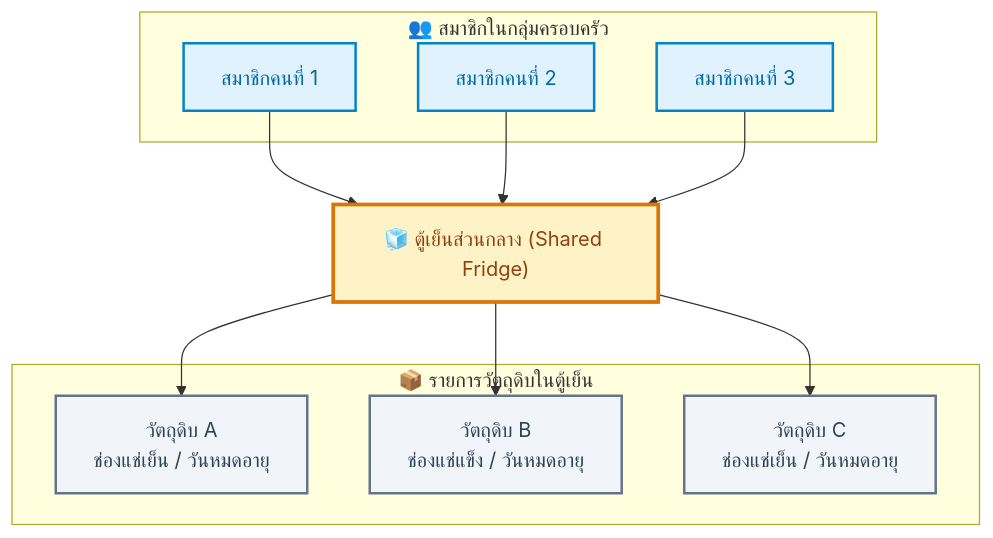
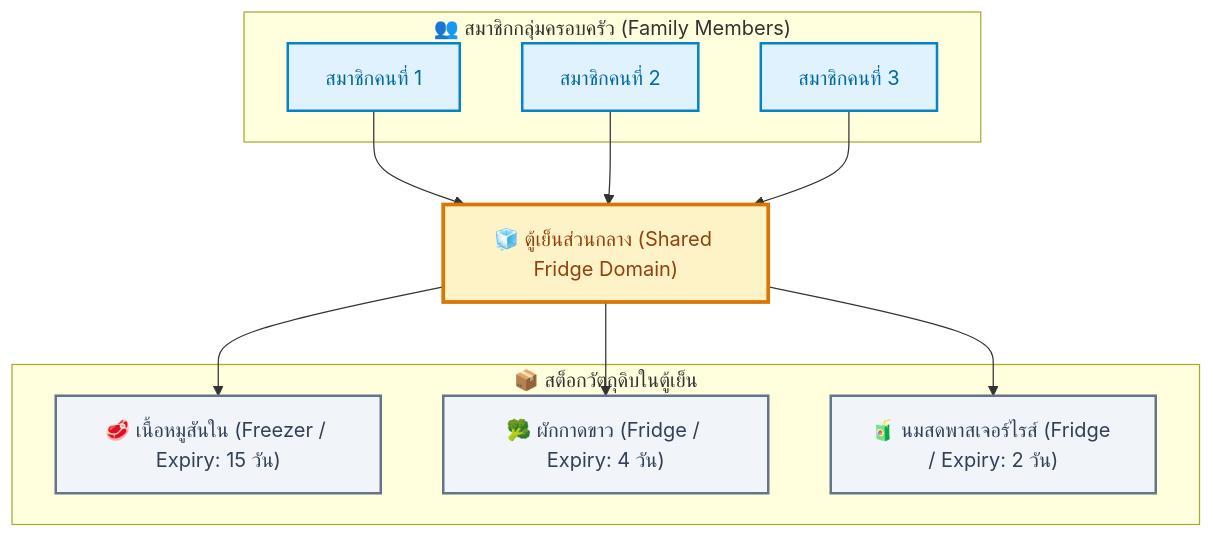
One commit to Tanabordi/FM-EAA changed the second of 4 diagrams in README.md. Above: the diagram before and after it, drawn with Mermaid. The commit also changed other lines of this file, not shown here.

````diff
--- a/README.md
+++ b/README.md
@@ -154,32 +147,32 @@
 ```mermaid
 flowchart TD
-    subgraph Members ["👥 สมาชิกในกลุ่มครอบครัว"]
+    subgraph FamilyGroup ["👥 สมาชิกกลุ่มครอบครัว (Family Members)"]
         U1["สมาชิกคนที่ 1"]
         U2["สมาชิกคนที่ 2"]
         U3["สมาชิกคนที่ 3"]
     end
 
-    Fridge["🧊 ตู้เย็นส่วนกลาง (Shared Fridge)"]
+    SharedFridge["🧊 ตู้เย็นส่วนกลาง (Shared Fridge Domain)"]
 
-    subgraph Inventory ["📦 รายการวัตถุดิบในตู้เย็น"]
-        Item1["วัตถุดิบ A<br/>ช่องแช่เย็น / วันหมดอายุ"]
-        Item2["วัตถุดิบ B<br/>ช่องแช่แข็ง / วันหมดอายุ"]
-        Item3["วัตถุดิบ C<br/>ช่องแช่เย็น / วันหมดอายุ"]
+    subgraph InventoryStock ["📦 สต็อกวัตถุดิบในตู้เย็น"]
+        I1["🥩 เนื้อหมูสันใน (Freezer / Expiry: 15 วัน)"]
+        I2["🥦 ผักกาดขาว (Fridge / Expiry: 4 วัน)"]
+        I3["🧃 นมสดพาสเจอร์ไรส์ (Fridge / Expiry: 2 วัน)"]
     end
 
-    U1 --> Fridge
-    U2 --> Fridge
-    U3 --> Fridge
+    U1 --> SharedFridge
+    U2 --> SharedFridge
+    U3 --> SharedFridge
 
-    Fridge --> Item1
-    Fridge --> Item2
-    Fridge --> Item3
+    SharedFridge --> I1
+    SharedFridge --> I2
+    SharedFridge --> I3
 
     classDef user fill:#e0f2fe,stroke:#0284c7,stroke-width:2px,color:#0369a1;
     classDef fridge fill:#fef3c7,stroke:#d97706,stroke-width:3px,color:#92400e;
     classDef item fill:#f1f5f9,stroke:#64748b,stroke-width:2px,color:#334155;
 
     class U1,U2,U3 user;
-    class Fridge fridge;
-    class Item1,Item2,Item3 item;
+    class SharedFridge fridge;
+    class I1,I2,I3 item;
 ```
````
